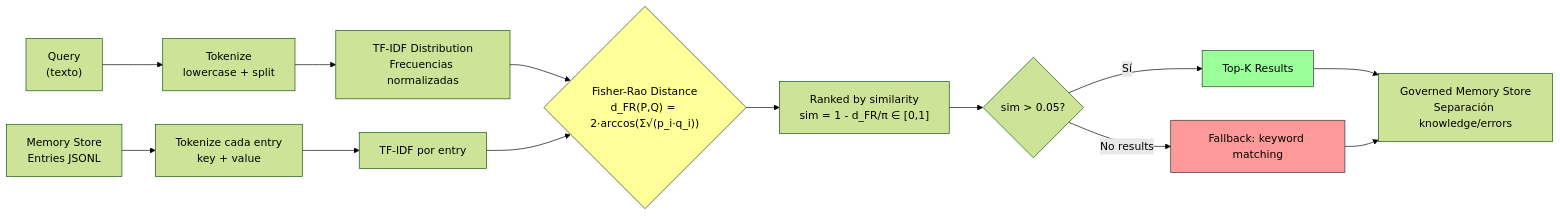
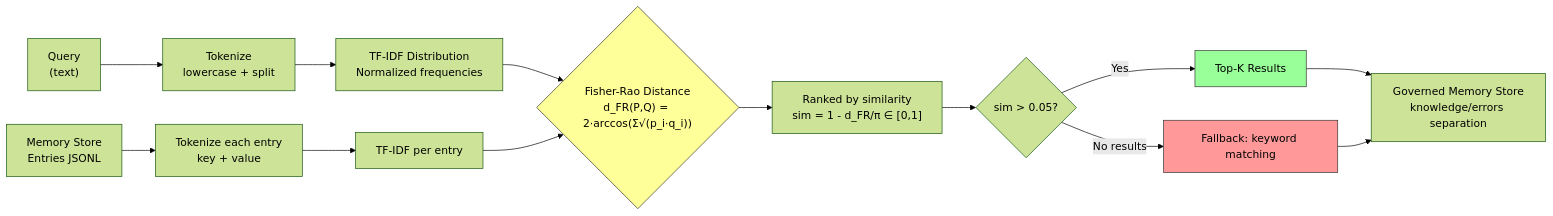
The sixth of 8 diagrams in docs/04_strategy/SYSTEM_REPORT_v0.5.md (Cyberpaisa/DOF-MESH), drawn with Mermaid (forest theme) before and after one commit. The commit also changed other lines of this file and 63 other files, not shown here.

````diff
--- a/docs/04_strategy/SYSTEM_REPORT_v0.5.md
+++ b/docs/04_strategy/SYSTEM_REPORT_v0.5.md
@@ -291,23 +291,23 @@
 ```mermaid
 flowchart LR
-    Q["Query<br/>(texto)"] --> TOK["Tokenize<br/>lowercase + split"]
-    TOK --> TFIDF["TF-IDF Distribution<br/>Frecuencias normalizadas"]
+    Q["Query<br/>(text)"] --> TOK["Tokenize<br/>lowercase + split"]
+    TOK --> TFIDF["TF-IDF Distribution<br/>Normalized frequencies"]
 
-    DB["Memory Store<br/>Entries JSONL"] --> TOK2["Tokenize cada entry<br/>key + value"]
-    TOK2 --> TFIDF2["TF-IDF por entry"]
+    DB["Memory Store<br/>Entries JSONL"] --> TOK2["Tokenize each entry<br/>key + value"]
+    TOK2 --> TFIDF2["TF-IDF per entry"]
 
     TFIDF --> FR{"Fisher-Rao Distance<br/>d_FR(P,Q) = 2·arccos(Σ√(p_i·q_i))"}
     TFIDF2 --> FR
 
     FR --> RANK["Ranked by similarity<br/>sim = 1 - d_FR/π ∈ [0,1]"]
     RANK --> FILTER{"sim > 0.05?"}
-    FILTER -->|"Sí"| TOPK["Top-K Results"]
+    FILTER -->|"Yes"| TOPK["Top-K Results"]
     FILTER -->|"No results"| FALLBACK["Fallback: keyword matching"]
 
-    TOPK --> GMS["Governed Memory Store<br/>Separación knowledge/errors"]
+    TOPK --> GMS["Governed Memory Store<br/>knowledge/errors separation"]
     FALLBACK --> GMS
 
     style FR fill:#ff9,stroke:#333
     style TOPK fill:#9f9,stroke:#333
     style FALLBACK fill:#f99,stroke:#333
 ```
````
